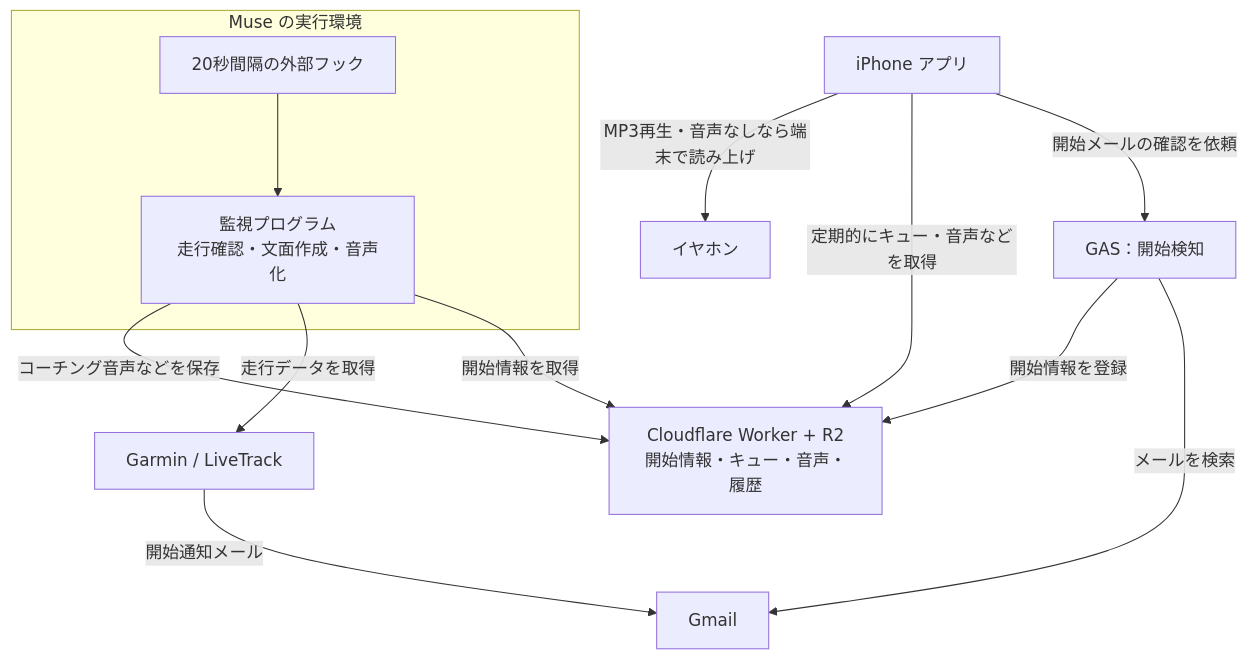
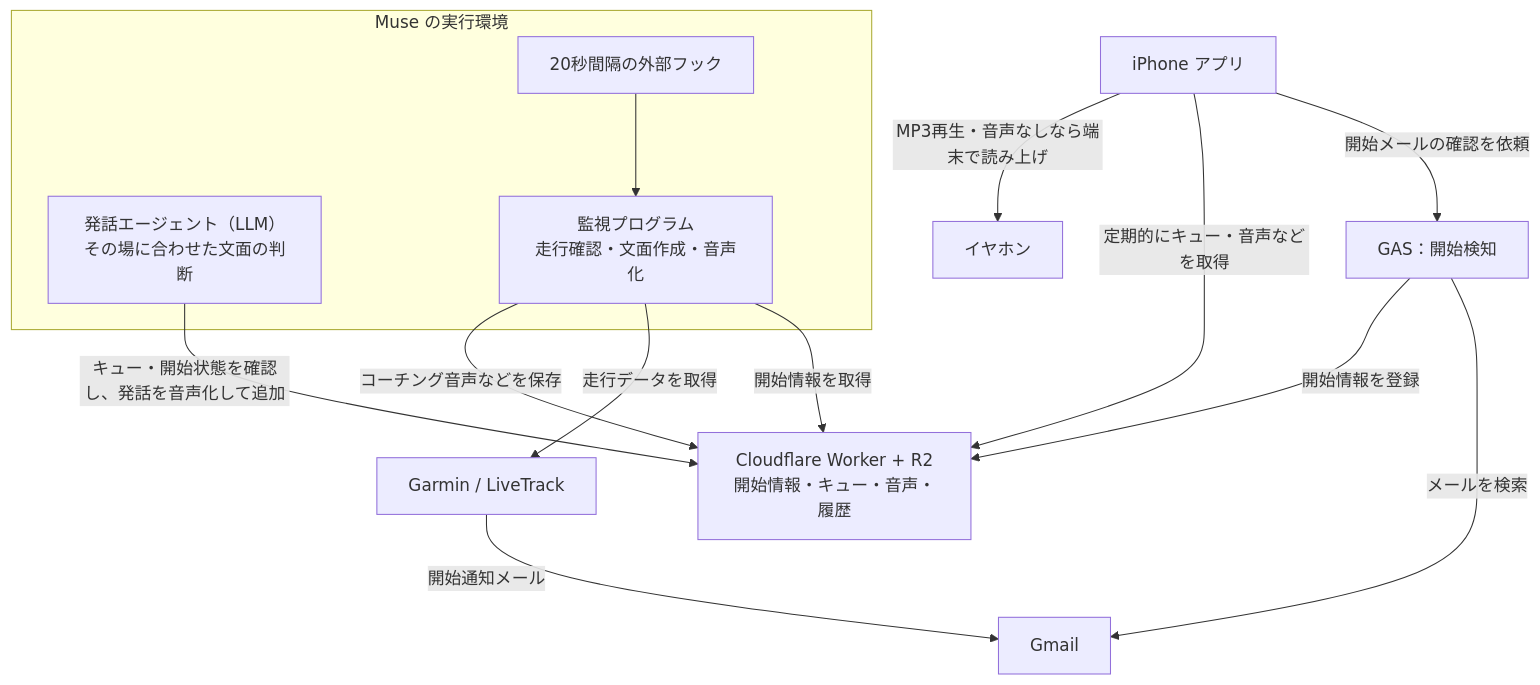
One commit to comeonyama/voice-coach-for-muse changed the diagram in README.md. Above: the diagram before and after it, drawn with Mermaid. The commit also changed other lines of this file and 3 other files, not shown here.

````diff
--- a/README.md
+++ b/README.md
@@ -17,15 +26,17 @@
 ```mermaid
 flowchart TB
   Garmin["Garmin / LiveTrack"] -->|開始通知メール| Gmail["Gmail"]
   Phone["iPhone アプリ"] -->|開始メールの確認を依頼| GAS["GAS：開始検知"]
   GAS -->|メールを検索| Gmail
   GAS -->|開始情報を登録| Cloud["Cloudflare Worker + R2<br/>開始情報・キュー・音声・履歴"]
   subgraph MuseEnv["Muse の実行環境"]
+    Agent["発話エージェント（LLM）<br/>その場に合わせた文面の判断"]
     Hook["20秒間隔の外部フック"] --> Coach["監視プログラム<br/>走行確認・文面作成・音声化"]
   end
+  Agent -->|キュー・開始状態を確認し、発話を音声化して追加| Cloud
   Coach -->|開始情報を取得| Cloud
   Coach -->|走行データを取得| Garmin
   Coach -->|コーチング音声などを保存| Cloud
   Phone -->|定期的にキュー・音声などを取得| Cloud
   Phone -->|MP3再生・音声なしなら端末で読み上げ| Earphones["イヤホン"]
 ```
````
